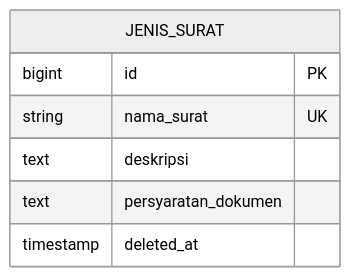
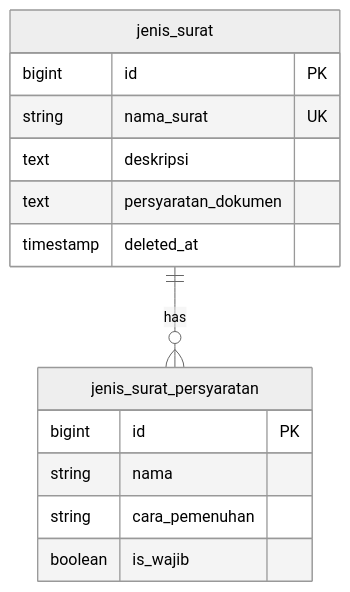
Before and after one commit to ZulfikarHD/sistem-desa: the second of 2 diagrams in docs/dev-docs/features/persyaratan-dokumen-publik.md, drawn with Mermaid (neutral theme). The commit also changed other lines of this file and 23 other files, not shown here.

````diff
--- a/docs/dev-docs/features/persyaratan-dokumen-publik.md
+++ b/docs/dev-docs/features/persyaratan-dokumen-publik.md
@@ -25,10 +25,17 @@
 ```mermaid
 erDiagram
-    JENIS_SURAT {
+    jenis_surat ||--o{ jenis_surat_persyaratan : has
+    jenis_surat {
         bigint id PK
         string nama_surat UK
         text deskripsi
         text persyaratan_dokumen
         timestamp deleted_at
     }
+    jenis_surat_persyaratan {
+        bigint id PK
+        string nama
+        string cara_pemenuhan
+        boolean is_wajib
+    }
 ```
````
